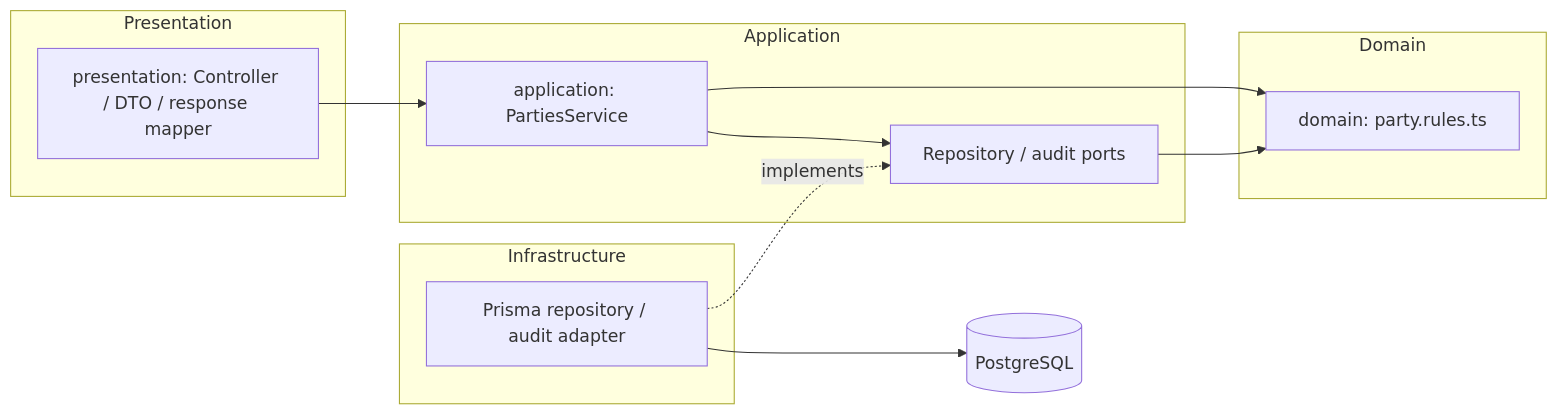
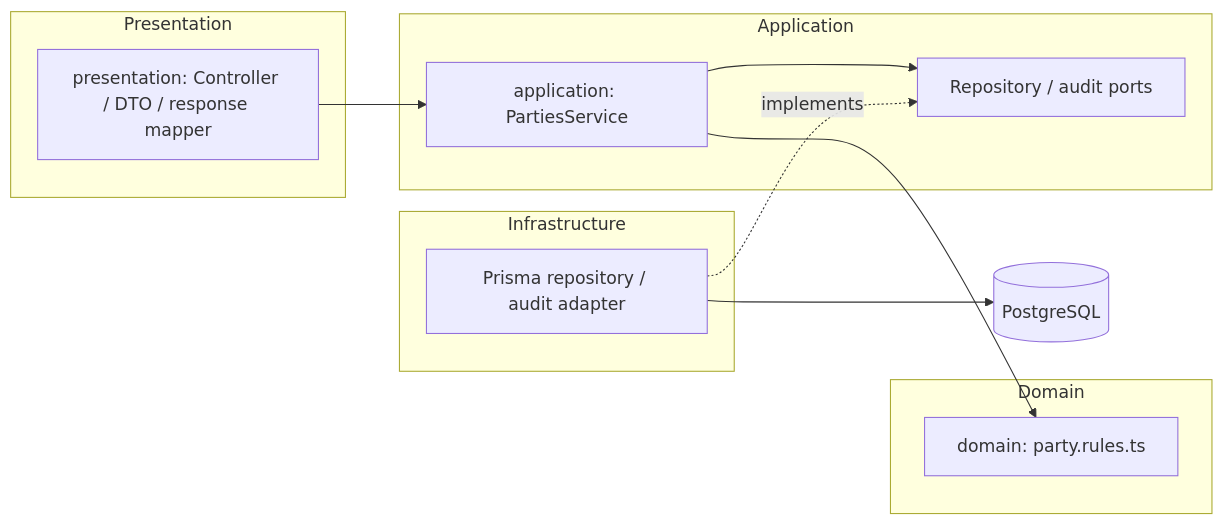
One commit to PhuongT1/debtflow-api changed the first of 4 diagrams in docs/getting-started/architecture/party-architecture.md. Above: the diagram before and after it, drawn with Mermaid. The commit also changed other lines of this file and 248 other files, not shown here.

````diff
--- a/docs/getting-started/architecture/party-architecture.md
+++ b/docs/getting-started/architecture/party-architecture.md
@@ -25,22 +24,21 @@
 ```mermaid
 flowchart LR
   subgraph Presentation
     C[presentation: Controller / DTO / response mapper]
   end
   subgraph Application
     S[application: PartiesService]
     P[Repository / audit ports]
   end
   subgraph Domain
     D[domain: party.rules.ts]
   end
   subgraph Infrastructure
     I[Prisma repository / audit adapter]
   end
   C --> S
   S --> P
   S --> D
-  P --> D
   I -. implements .-> P
   I --> DB[(PostgreSQL)]
 ```
````
